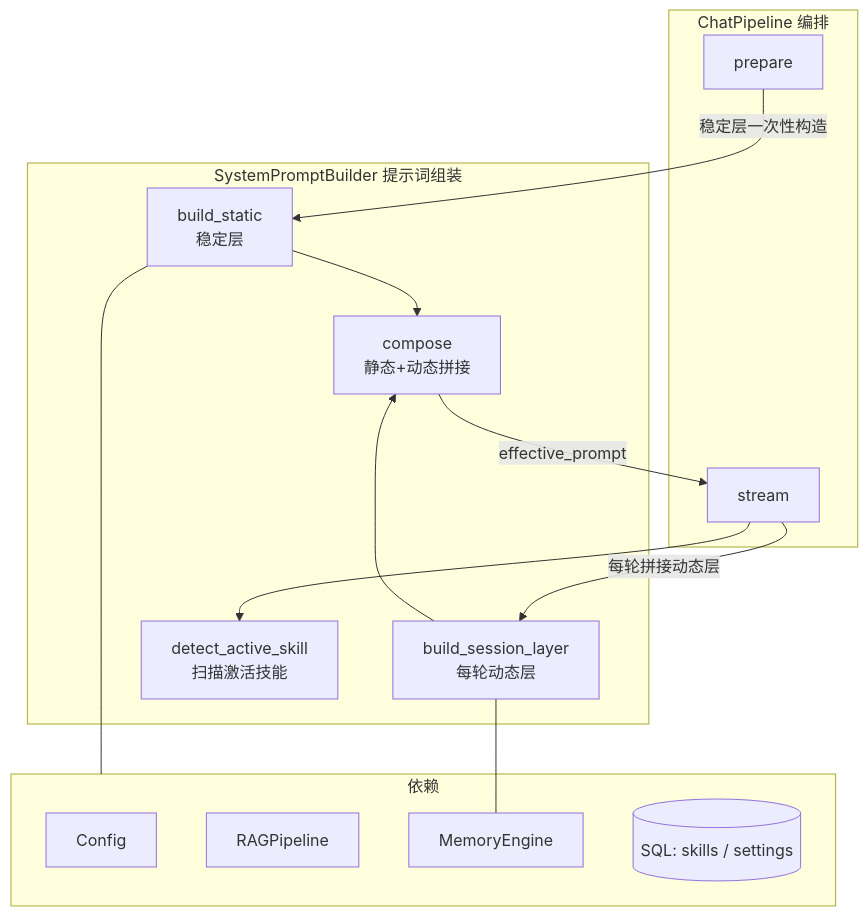
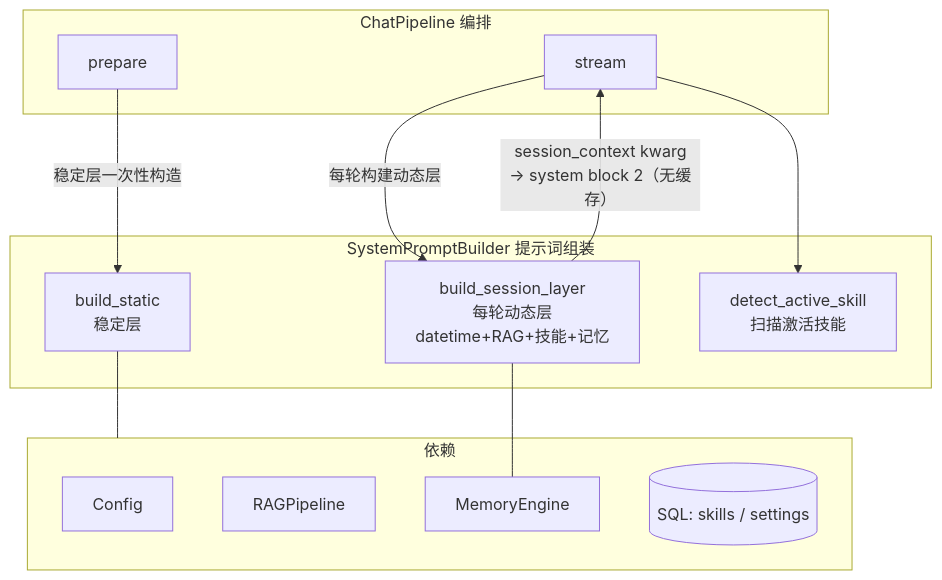
The second of 2 diagrams in docs/系统提示词设计.md (ayxworxfr/AstraCoreAI), drawn with Mermaid before and after one commit. The commit also changed other lines of this file and 11 other files, not shown here.

````diff
--- a/docs/系统提示词设计.md
+++ b/docs/系统提示词设计.md
@@ -193,29 +245,26 @@
 ```mermaid
 flowchart TB
     subgraph PIPE[ChatPipeline 编排]
         PREP[prepare]
         STR[stream]
     end
     subgraph BUILDER[SystemPromptBuilder 提示词组装]
         BS[build_static<br/>稳定层]
-        BSL[build_session_layer<br/>每轮动态层]
-        CMP[compose<br/>静态+动态拼接]
+        BSL[build_session_layer<br/>每轮动态层<br/>datetime+RAG+技能+记忆]
         DET[detect_active_skill<br/>扫描激活技能]
     end
     subgraph DEPS[依赖]
         CFG[Config]
         RAG[RAGPipeline]
         MEM[MemoryEngine]
         DB[(SQL: skills / settings)]
     end
 
     PREP -->|"稳定层一次性构造"| BS
-    STR -->|"每轮拼接动态层"| BSL
+    STR -->|"每轮构建动态层"| BSL
     STR --> DET
-    BSL --> CMP
-    BS --> CMP
     BS --- DEPS
     BSL --- MEM
 
-    CMP -->|"effective_prompt"| STR
+    BSL -->|"session_context kwarg<br/>→ system block 2（无缓存）"| STR
 ```
````
